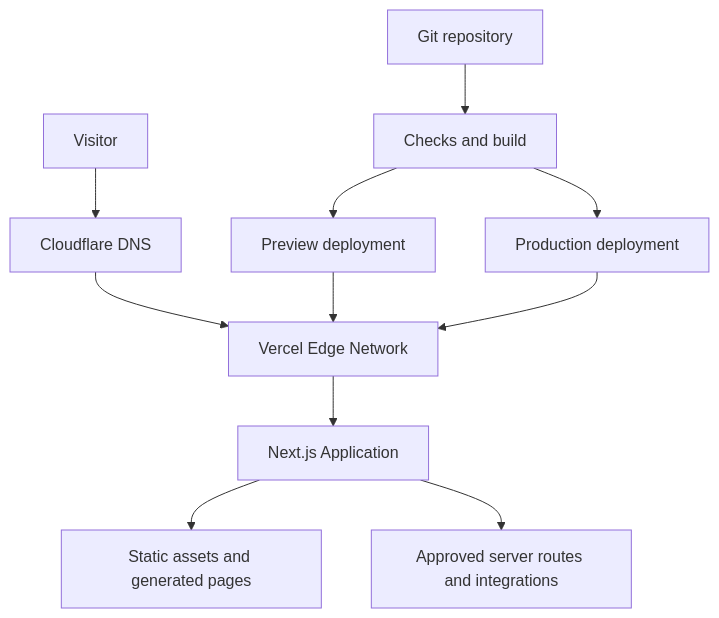
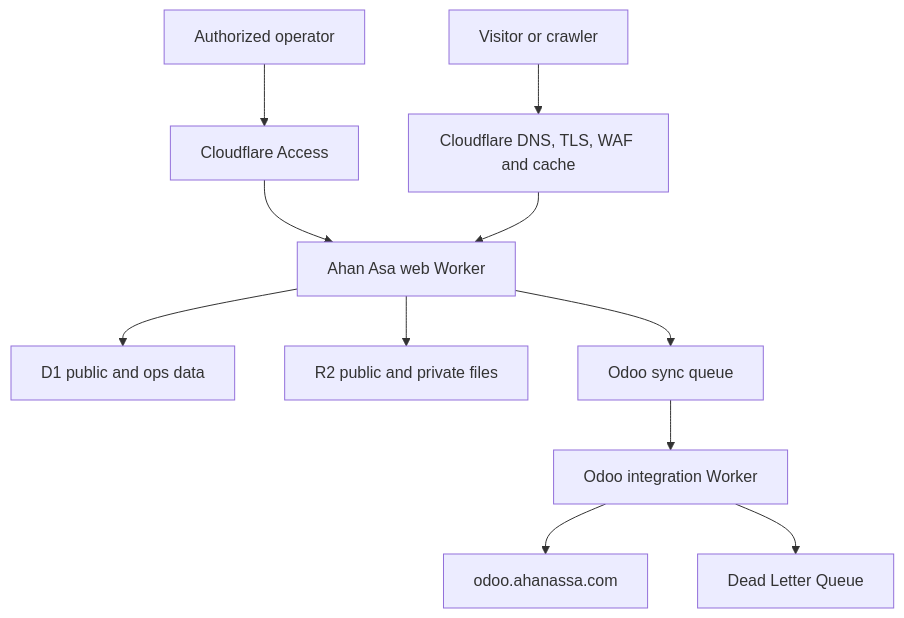
The diagram in 01-sources/DEPLOYMENT_ARCHITECTURE.md (rezachidotnet/ahanassa-website), drawn with Mermaid before and after one commit. The commit also changed other lines of this file and 38 other files, not shown here.

````diff
--- a/01-sources/DEPLOYMENT_ARCHITECTURE.md
+++ b/01-sources/DEPLOYMENT_ARCHITECTURE.md
@@ -57,13 +70,13 @@
 ```mermaid
 flowchart TD
-    U["Visitor"] --> DNS["Cloudflare DNS"]
-    DNS --> EDGE["Vercel Edge Network"]
-    EDGE --> APP["Next.js Application"]
-    APP --> STATIC["Static assets and generated pages"]
-    APP --> API["Approved server routes and integrations"]
-    GIT["Git repository"] --> CI["Checks and build"]
-    CI --> PREVIEW["Preview deployment"]
-    CI --> PROD["Production deployment"]
-    PREVIEW --> EDGE
-    PROD --> EDGE
+    VISITOR["Visitor or crawler"] --> EDGE["Cloudflare DNS, TLS, WAF and cache"]
+    OPERATOR["Authorized operator"] --> ACCESS["Cloudflare Access"]
+    ACCESS --> WEB["Ahan Asa web Worker"]
+    EDGE --> WEB
+    WEB --> DATA["D1 public and ops data"]
+    WEB --> FILES["R2 public and private files"]
+    WEB --> QUEUE["Odoo sync queue"]
+    QUEUE --> SYNC["Odoo integration Worker"]
+    SYNC --> ODOO["odoo.ahanassa.com"]
+    SYNC --> DLQ["Dead Letter Queue"]
 ```
````
